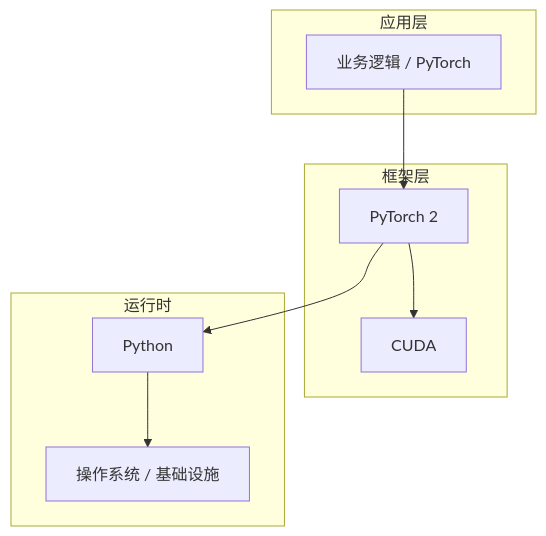
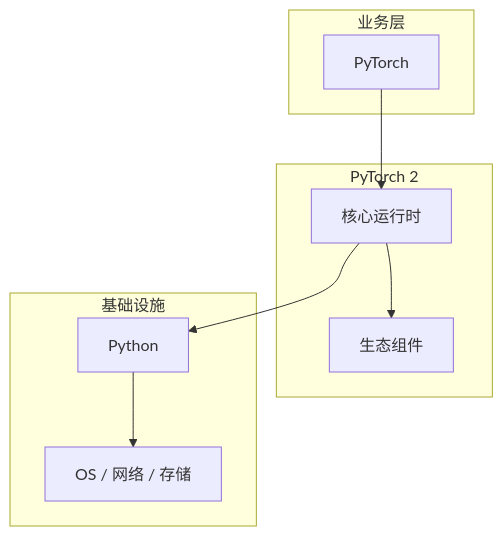
One commit to yanggan2015/knowledge-json-v2 changed the diagram in articles/深度学习/chapters/106-PyTorch核心概念与原理.md. Above: the diagram before and after it, drawn with Mermaid. The commit also changed other lines of this file and 10127 other files, not shown here.

````diff
--- a/articles/深度学习/chapters/106-PyTorch核心概念与原理.md
+++ b/articles/深度学习/chapters/106-PyTorch核心概念与原理.md
@@ -45,18 +30,18 @@
 ```mermaid
 graph TB
-    subgraph 应用层
-        A[业务逻辑 / PyTorch]
+    subgraph 业务层
+        A[PyTorch]
     end
-    subgraph 框架层
-        B[PyTorch 2]
-        C[CUDA]
+    subgraph PyTorch 2
+        B[核心运行时]
+        C[生态组件]
     end
-    subgraph 运行时
+    subgraph 基础设施
         D[Python]
-        E[操作系统 / 基础设施]
+        E[OS / 网络 / 存储]
     end
     A --> B
     B --> C
     B --> D
     D --> E
 ```
````
